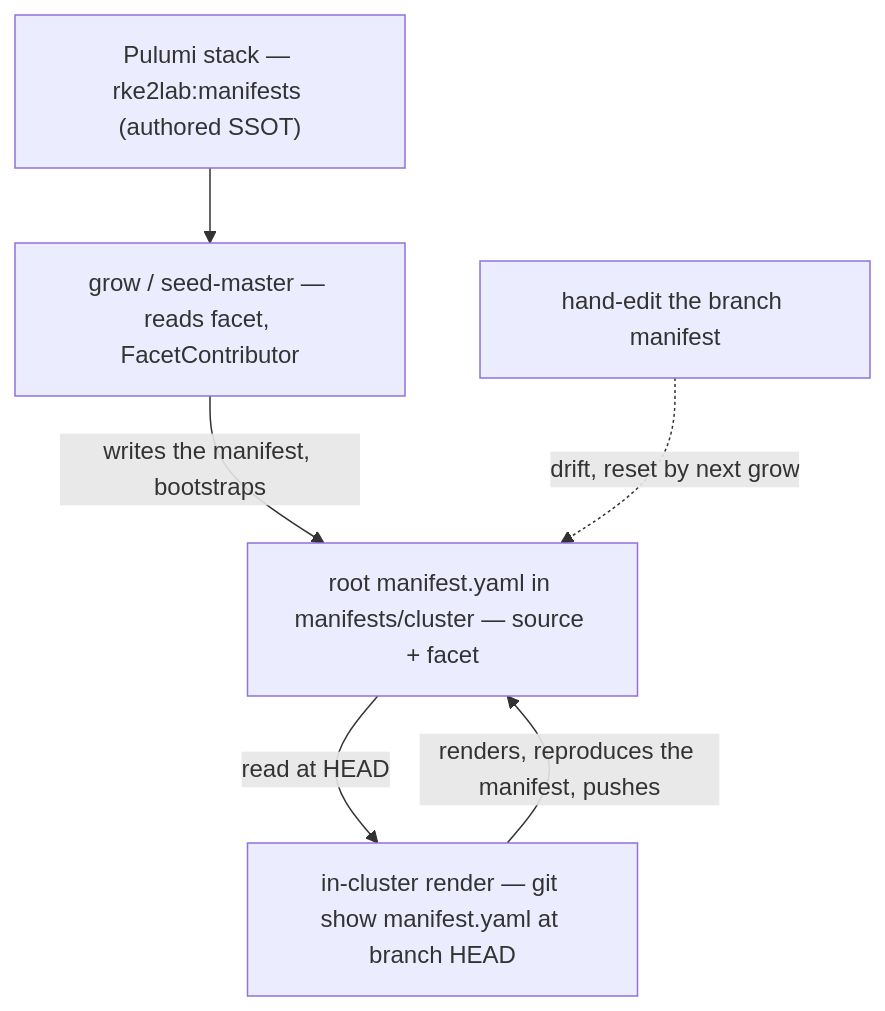
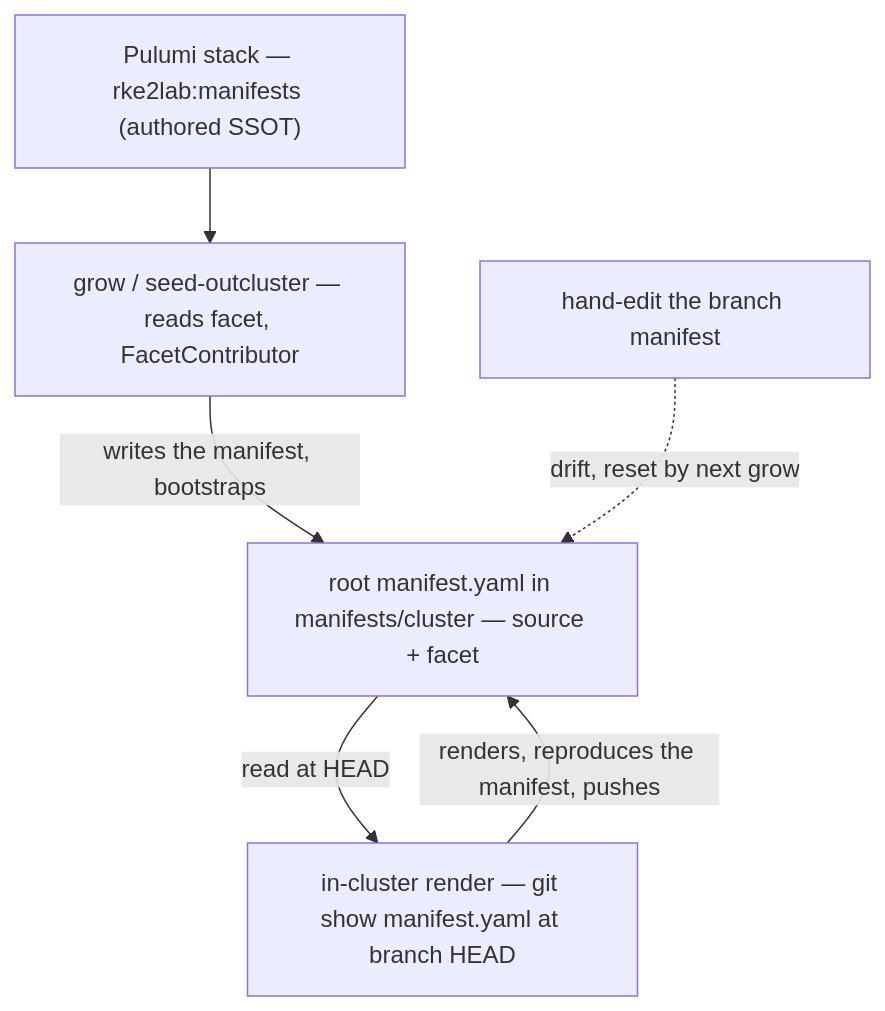
The fourth of 5 diagrams in docs/architecture/cluster-api/pac-in-cluster-render-spec.adoc (seedmatic/rke2lab), drawn with Mermaid before and after one commit. The commit also changed other lines of this file and 160 other files, not shown here.

First line of the commit message:
refactor(exec)!: `seed-master` → `seed-outcluster`, one axis for the whole chain

```diff
--- a/docs/architecture/cluster-api/pac-in-cluster-render-spec.adoc
+++ b/docs/architecture/cluster-api/pac-in-cluster-render-spec.adoc
@@ -773,13 +773,13 @@
 [mermaid]
 ....
 flowchart TB
   Stack["Pulumi stack — rke2lab:manifests (authored SSOT)"]
-  Grow["grow / seed-master — reads facet, FacetContributor"]
+  Grow["grow / seed-outcluster — reads facet, FacetContributor"]
   Man["root manifest.yaml in manifests/cluster — source + facet"]
   Run["in-cluster render — git show manifest.yaml at branch HEAD"]
   Stack --> Grow
   Grow -->|writes the manifest, bootstraps| Man
   Man -->|read at HEAD| Run
   Run -->|renders, reproduces the manifest, pushes| Man
   Edit["hand-edit the branch manifest"] -.->|drift, reset by next grow| Man
 ....
```
